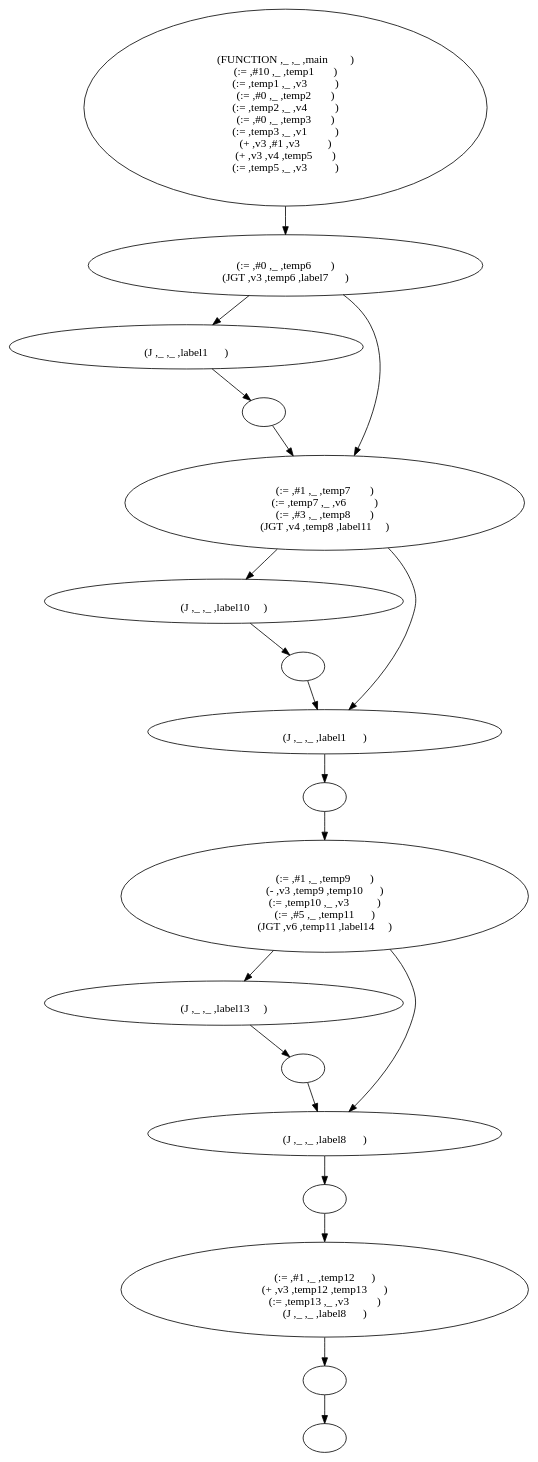
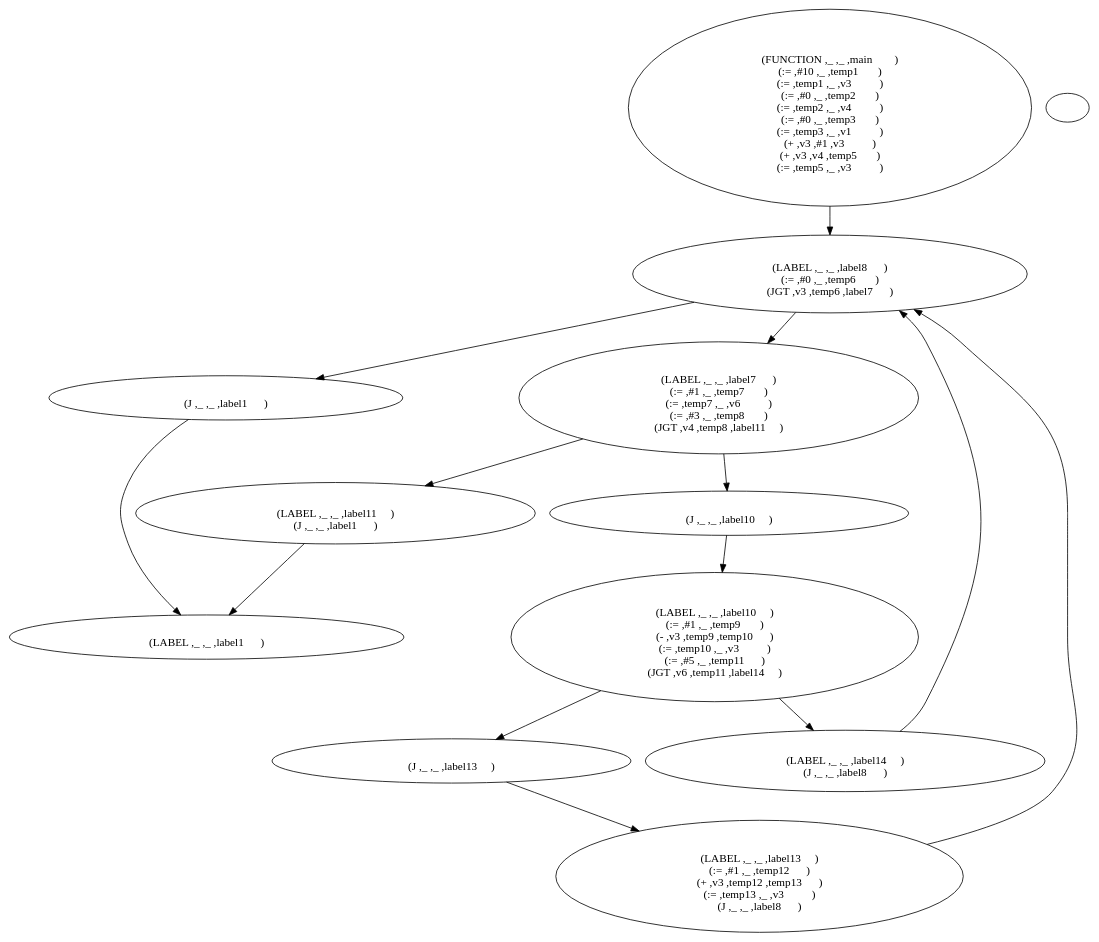
Before and after one commit to three-water666/MiniC: the diagram in flowGraph.gv, drawn with Graphviz. The commit also changed 3 other files, not shown here.

Commit message:
数据流图完成，好耶

```diff
--- a/flowGraph.gv
+++ b/flowGraph.gv
@@ -1,85 +1,86 @@
 digraph G {
 start[label="
 (FUNCTION	,_		,_		,main        )
 (:=		,#10		,_		,temp1       )
 (:=		,temp1		,_		,v3          )
 (:=		,#0		,_		,temp2       )
 (:=		,temp2		,_		,v4          )
 (:=		,#0		,_		,temp3       )
 (:=		,temp3		,_		,v1          )
 (+		,v3		,#1		,v3          )
 (+		,v3		,v4		,temp5       )
 (:=		,temp5		,_		,v3          )
 "]
 start->label8
 label8[label="
+(LABEL		,_		,_		,label8      )
 (:=		,#0		,_		,temp6       )
 (JGT		,v3		,temp6		,label7      )
 "]
 label8->node95
 label8->label7
 node95[label="
 (J		,_		,_		,label1      )
 "]
-node95->node96
-node96[label="
+node95->label1
+other[label="
 "]
-node96->label7
 label7[label="
+(LABEL		,_		,_		,label7      )
 (:=		,#1		,_		,temp7       )
 (:=		,temp7		,_		,v6          )
 (:=		,#3		,_		,temp8       )
 (JGT		,v4		,temp8		,label11     )
 "]
-label7->node97
+label7->node96
 label7->label11
-node97[label="
+node96[label="
 (J		,_		,_		,label10     )
 "]
-node97->node98
-node98[label="
+node96->label10
+other[label="
 "]
-node98->label11
 label11[label="
+(LABEL		,_		,_		,label11     )
 (J		,_		,_		,label1      )
 "]
-label11->node99
-node99[label="
+label11->label1
+other[label="
 "]
-node99->label10
 label10[label="
+(LABEL		,_		,_		,label10     )
 (:=		,#1		,_		,temp9       )
 (-		,v3		,temp9		,temp10      )
 (:=		,temp10		,_		,v3          )
 (:=		,#5		,_		,temp11      )
 (JGT		,v6		,temp11		,label14     )
 "]
-label10->node100
+label10->node97
 label10->label14
-node100[label="
+node97[label="
 (J		,_		,_		,label13     )
 "]
-node100->node101
-node101[label="
+node97->label13
+other[label="
 "]
-node101->label14
 label14[label="
+(LABEL		,_		,_		,label14     )
 (J		,_		,_		,label8      )
 "]
-label14->node102
-node102[label="
+label14->label8
+other[label="
 "]
-node102->label13
 label13[label="
+(LABEL		,_		,_		,label13     )
 (:=		,#1		,_		,temp12      )
 (+		,v3		,temp12		,temp13      )
 (:=		,temp13		,_		,v3          )
 (J		,_		,_		,label8      )
 "]
-label13->node103
-node103[label="
+label13->label8
+other[label="
 "]
-node103->label1
 label1[label="
+(LABEL		,_		,_		,label1      )
 "]
 }
```
